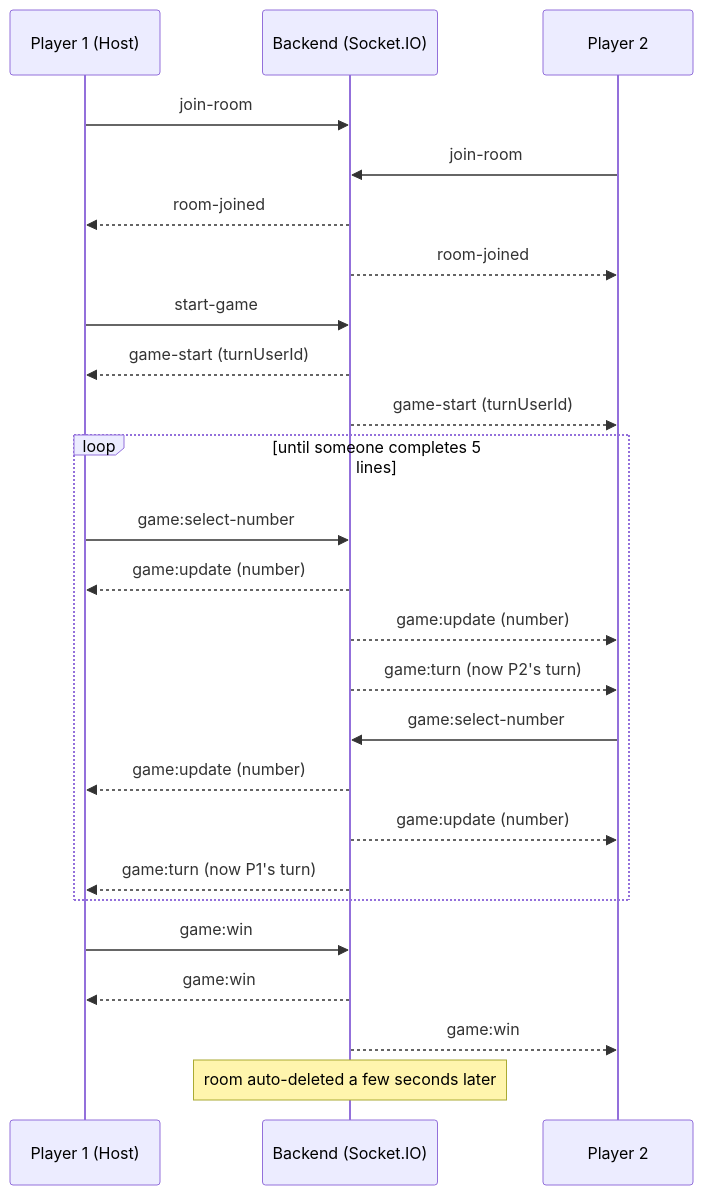
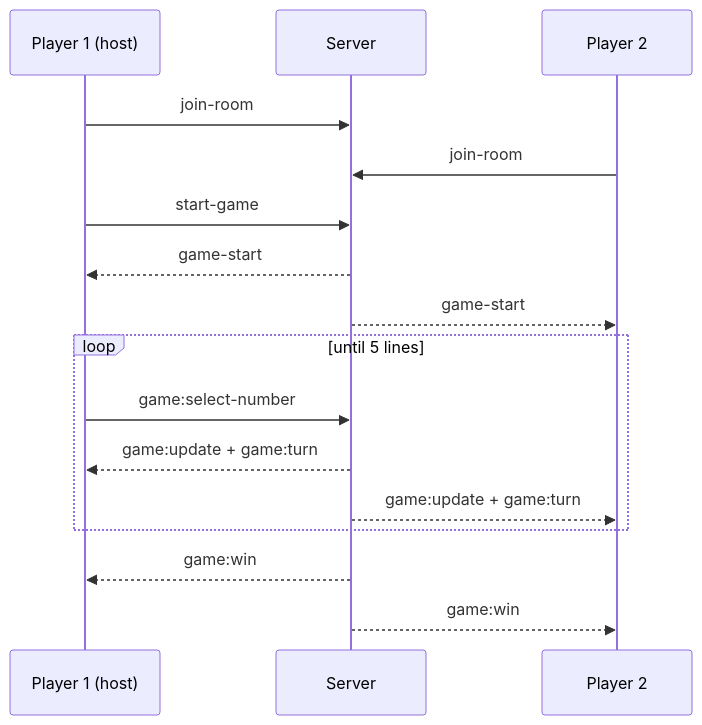
One commit to aj-aditya19/BingoGame changed the third of 4 diagrams in README.md. Above: the diagram before and after it, drawn with Mermaid. The commit also changed other lines of this file and 15 other files, not shown here.

````diff
--- a/README.md
+++ b/README.md
@@ -98,31 +107,19 @@
 ```mermaid
 sequenceDiagram
-    participant P1 as Player 1 (Host)
-    participant S as Backend (Socket.IO)
+    participant P1 as Player 1 (host)
+    participant S as Server
     participant P2 as Player 2
 
     P1->>S: join-room
     P2->>S: join-room
-    S-->>P1: room-joined
-    S-->>P2: room-joined
-
     P1->>S: start-game
-    S-->>P1: game-start (turnUserId)
-    S-->>P2: game-start (turnUserId)
-
-    loop until someone completes 5 lines
+    S-->>P1: game-start
+    S-->>P2: game-start
+    loop until 5 lines
         P1->>S: game:select-number
-        S-->>P1: game:update (number)
-        S-->>P2: game:update (number)
-        S-->>P2: game:turn (now P2's turn)
-        P2->>S: game:select-number
-        S-->>P1: game:update (number)
-        S-->>P2: game:update (number)
-        S-->>P1: game:turn (now P1's turn)
+        S-->>P1: game:update + game:turn
+        S-->>P2: game:update + game:turn
     end
-
-    P1->>S: game:win
     S-->>P1: game:win
     S-->>P2: game:win
-    Note over S: room auto-deleted a few seconds later
 ```
````
